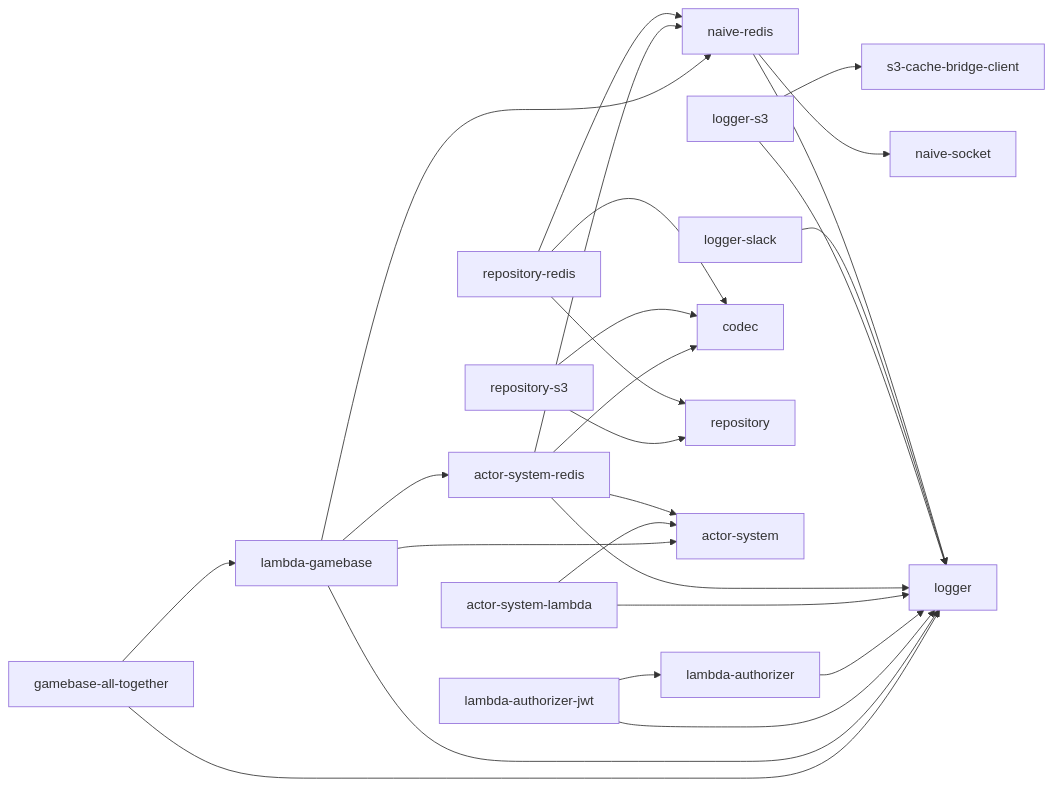
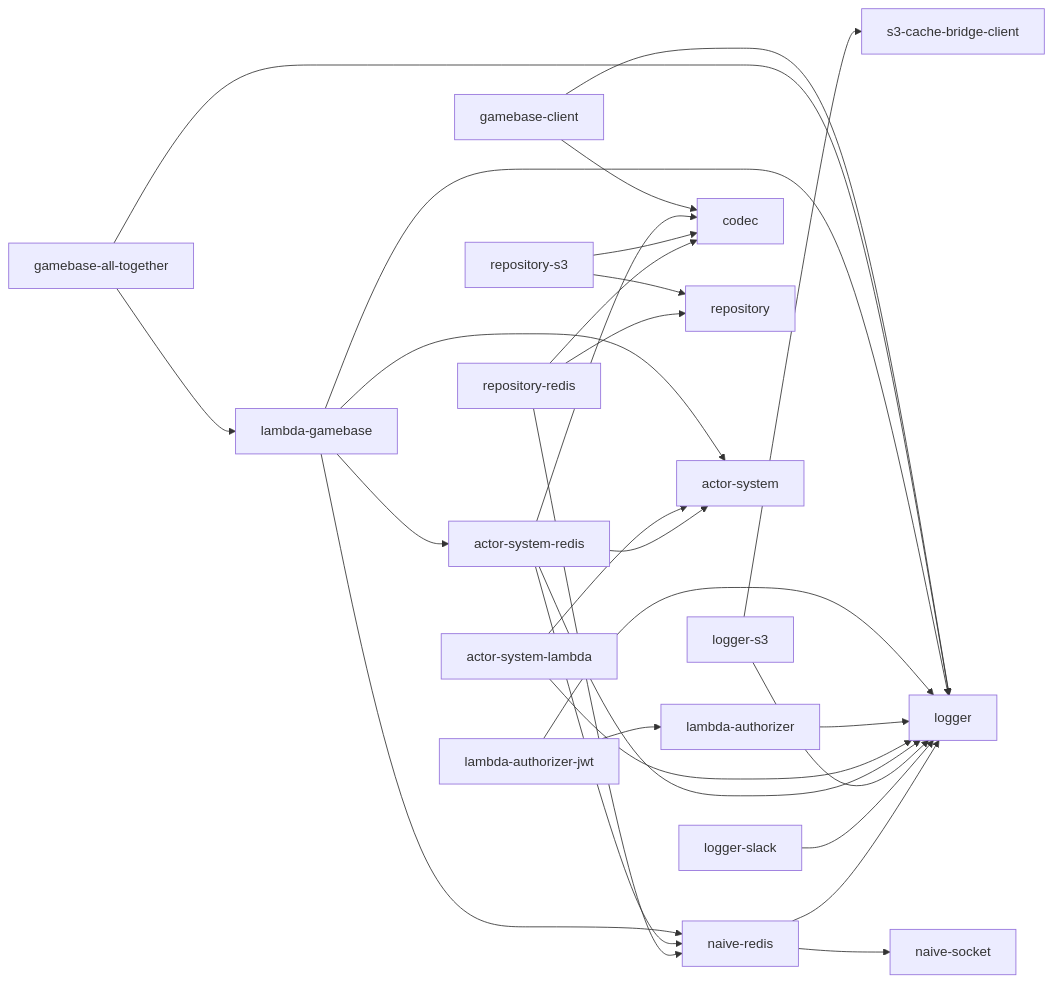
One commit to yingyeothon/tslib changed the diagram in README.md. Above: the diagram before and after it, drawn with Mermaid. The commit also changed other lines of this file and 28 other files, not shown here.

First line of the commit message:
Add gamebase-client, the browser-capable SDK for the gateway protocol

````diff
--- a/README.md
+++ b/README.md
@@ -30,28 +31,30 @@
 ```mermaid
 graph LR
   naive-redis --> logger
   naive-redis --> naive-socket
   logger-slack --> logger
   logger-s3 --> logger
   logger-s3 --> s3-cache-bridge-client
   repository-redis --> codec
   repository-redis --> naive-redis
   repository-redis --> repository
   repository-s3 --> codec
   repository-s3 --> repository
   actor-system-redis --> actor-system
   actor-system-redis --> codec
   actor-system-redis --> logger
   actor-system-redis --> naive-redis
   actor-system-lambda --> actor-system
   actor-system-lambda --> logger
   lambda-authorizer --> logger
   lambda-authorizer-jwt --> lambda-authorizer
   lambda-authorizer-jwt --> logger
   lambda-gamebase --> actor-system
   lambda-gamebase --> actor-system-redis
   lambda-gamebase --> logger
   lambda-gamebase --> naive-redis
   gamebase-all-together --> lambda-gamebase
   gamebase-all-together --> logger
+  gamebase-client --> codec
+  gamebase-client --> logger
 ```
````
